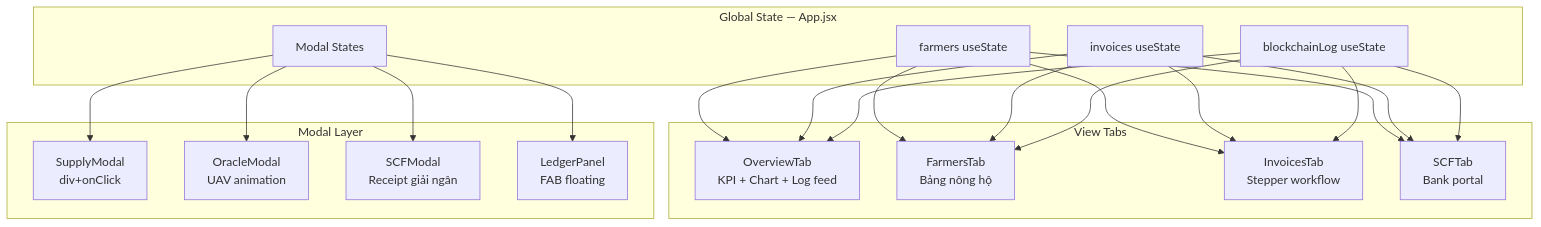
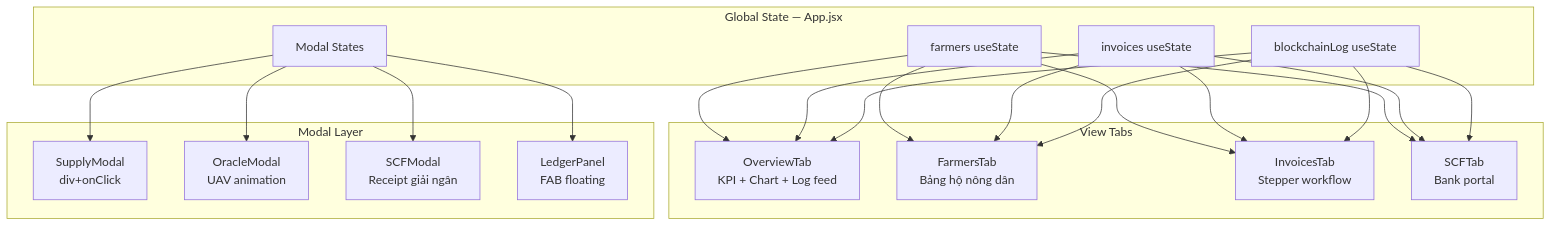
The fifth of 5 diagrams in SYSTEM_DOCS.md (yudnhat25/loctroi-app), drawn with Mermaid before and after one commit. The commit also changed other lines of this file and 12 other files, not shown here.

````diff
--- a/SYSTEM_DOCS.md
+++ b/SYSTEM_DOCS.md
@@ -135,26 +135,26 @@
 ```mermaid
 graph TD
     subgraph "Global State — App.jsx"
         S1[farmers useState]
         S2[invoices useState]
         S3[blockchainLog useState]
         S4[Modal States]
     end
 
     subgraph "View Tabs"
         T1[OverviewTab\nKPI + Chart + Log feed]
-        T2[FarmersTab\nBảng nông hộ]
+        T2[FarmersTab\nBảng hộ nông dân]
         T3[InvoicesTab\nStepper workflow]
         T4[SCFTab\nBank portal]
     end
 
     subgraph "Modal Layer"
         M1[SupplyModal\ndiv+onClick]
         M2[OracleModal\nUAV animation]
         M3[SCFModal\nReceipt giải ngân]
         M4[LedgerPanel\nFAB floating]
     end
 
     S1 & S2 & S3 --> T1 & T2 & T3 & T4
     S4 --> M1 & M2 & M3 & M4
 ```
````
